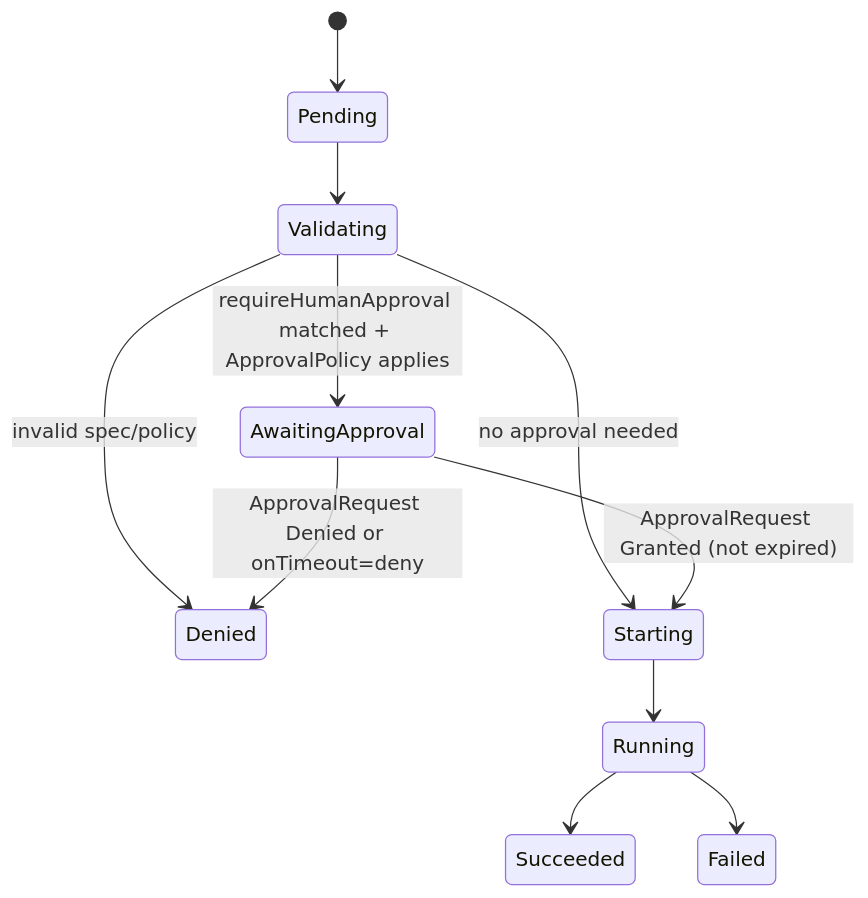
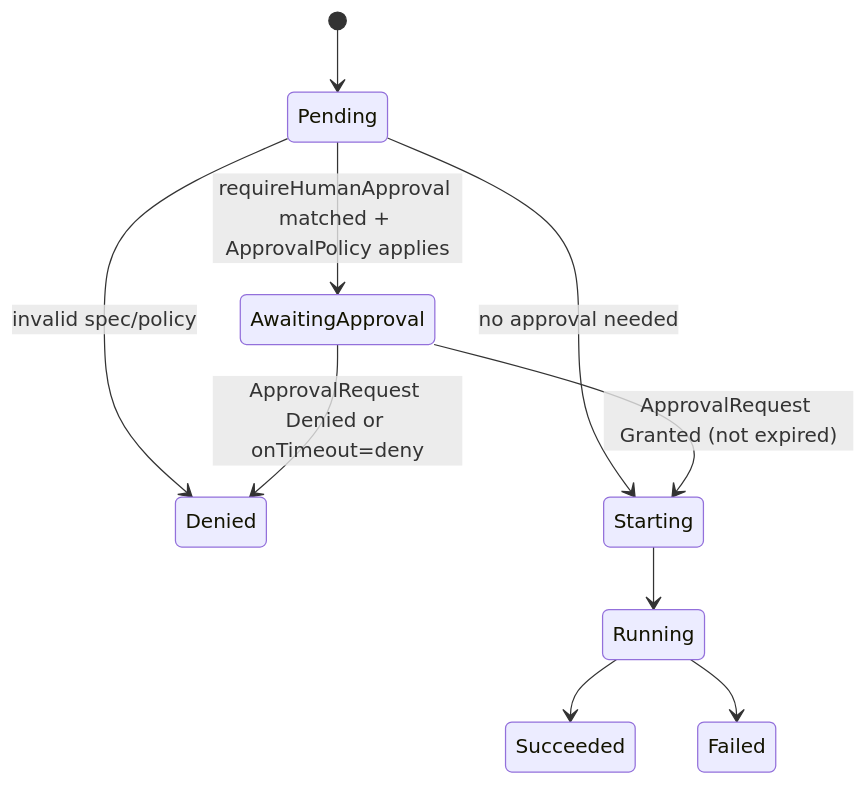
Before and after one commit to grantbarry29/Scrutineer: the diagram in docs/design/phase-5-approval-workflows.md, drawn with Mermaid. The commit also changed other lines of this file and 3 other files, not shown here.

````diff
--- a/docs/design/phase-5-approval-workflows.md
+++ b/docs/design/phase-5-approval-workflows.md
@@ -103,13 +107,12 @@
 ```mermaid
 stateDiagram-v2
     [*] --> Pending
-    Pending --> Validating
-    Validating --> Denied: invalid spec/policy
-    Validating --> AwaitingApproval: requireHumanApproval matched + ApprovalPolicy applies
-    Validating --> Starting: no approval needed
+    Pending --> Denied: invalid spec/policy
+    Pending --> AwaitingApproval: requireHumanApproval matched + ApprovalPolicy applies
+    Pending --> Starting: no approval needed
     AwaitingApproval --> Starting: ApprovalRequest Granted (not expired)
     AwaitingApproval --> Denied: ApprovalRequest Denied or onTimeout=deny
     Starting --> Running
     Running --> Succeeded
     Running --> Failed
 ```
````
